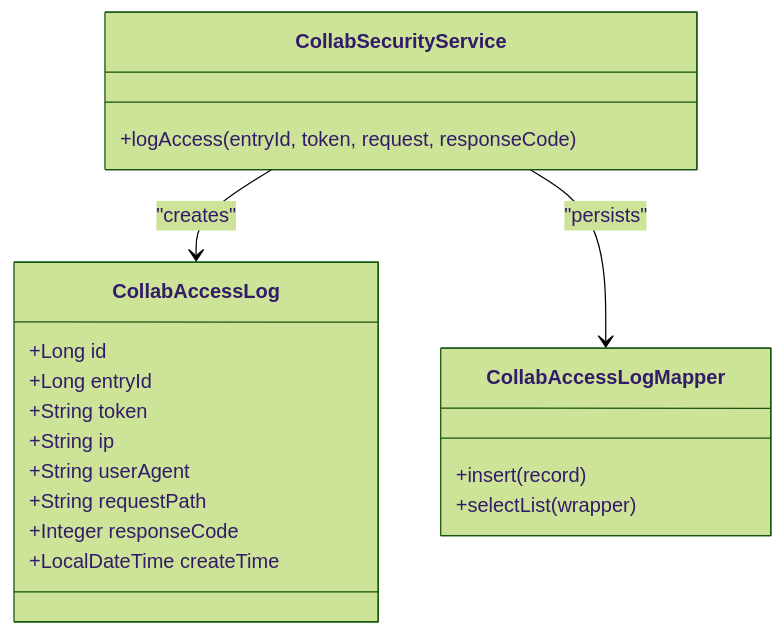
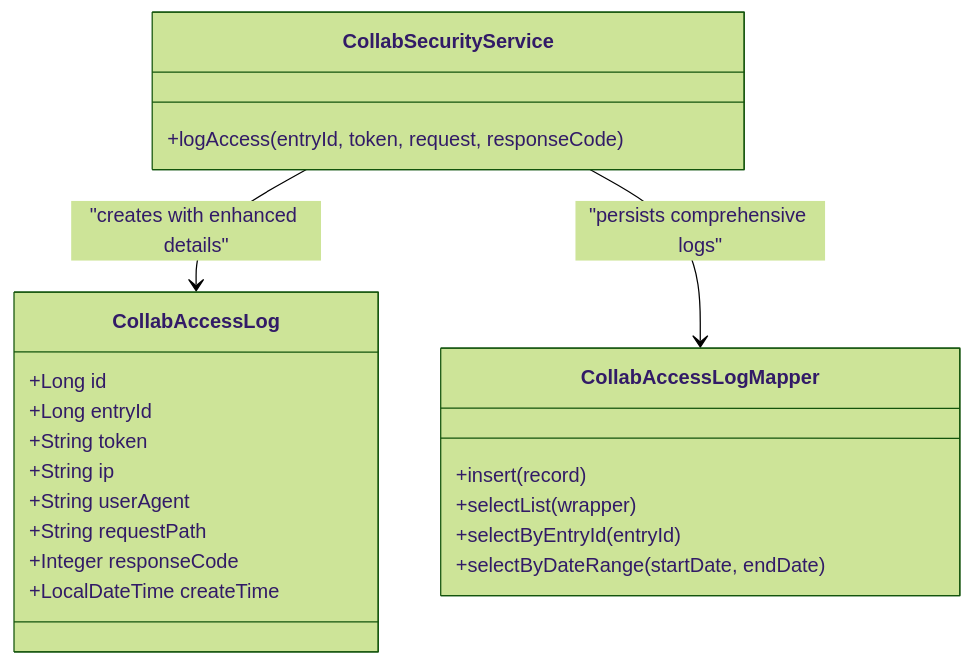
Before and after one commit to bo961386926/Survey-App: the fifth of 6 diagrams in .qoder/repowiki/en/content/Authentication & Authorization/Collaboration Tokens.md, drawn with Mermaid (forest theme). The commit also changed other lines of this file and 25 other files, not shown here.

````diff
--- a/.qoder/repowiki/en/content/Authentication & Authorization/Collaboration Tokens.md
+++ b/.qoder/repowiki/en/content/Authentication & Authorization/Collaboration Tokens.md
@@ -248,22 +283,24 @@
 ```mermaid
 classDiagram
 class CollabAccessLog {
 +Long id
 +Long entryId
 +String token
 +String ip
 +String userAgent
 +String requestPath
 +Integer responseCode
 +LocalDateTime createTime
 }
 class CollabAccessLogMapper {
 +insert(record)
 +selectList(wrapper)
++selectByEntryId(entryId)
++selectByDateRange(startDate, endDate)
 }
 class CollabSecurityService {
 +logAccess(entryId, token, request, responseCode)
 }
-CollabSecurityService --> CollabAccessLog : "creates"
-CollabSecurityService --> CollabAccessLogMapper : "persists"
+CollabSecurityService --> CollabAccessLog : "creates with enhanced details"
+CollabSecurityService --> CollabAccessLogMapper : "persists comprehensive logs"
 ```
````
